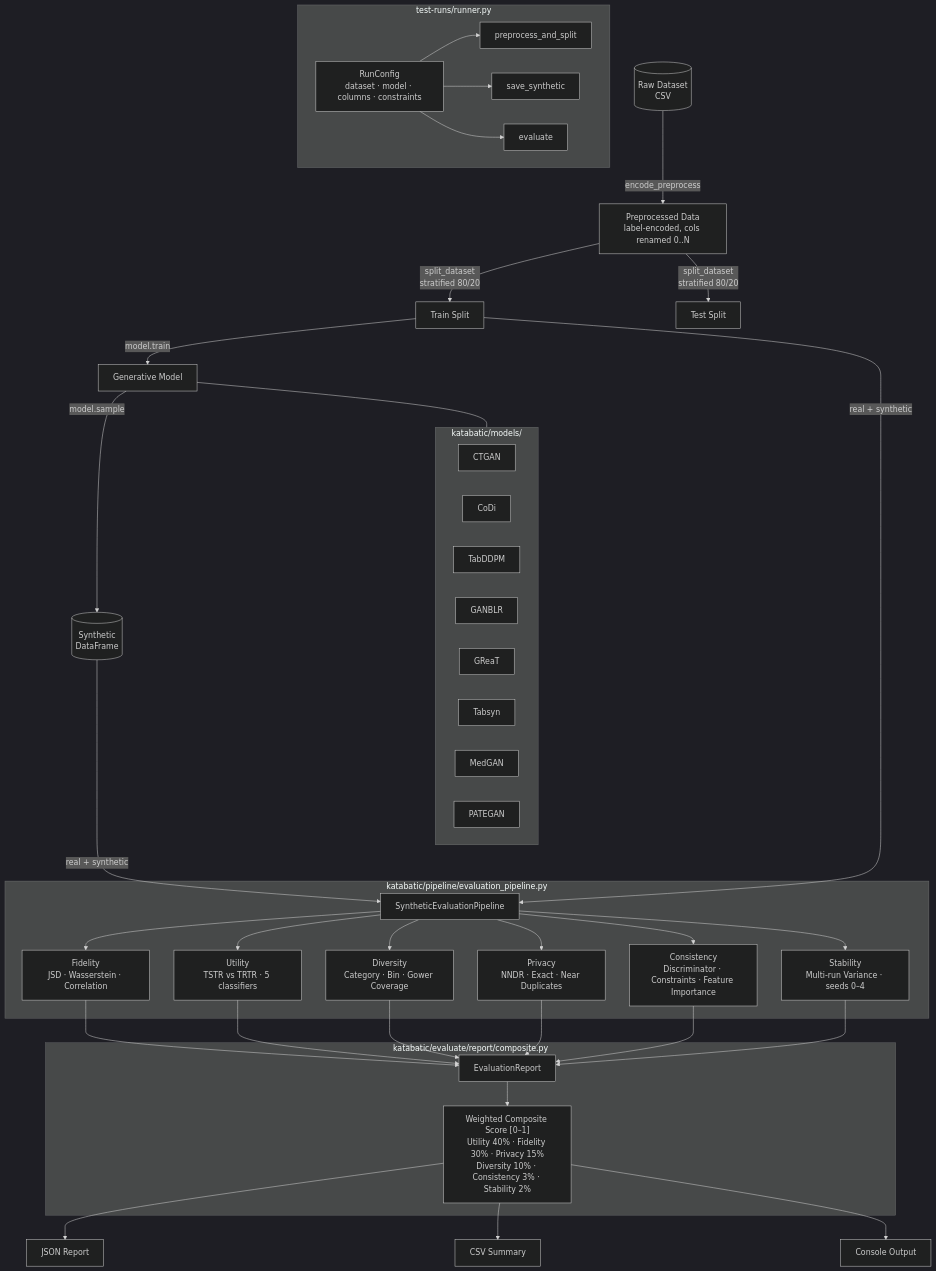
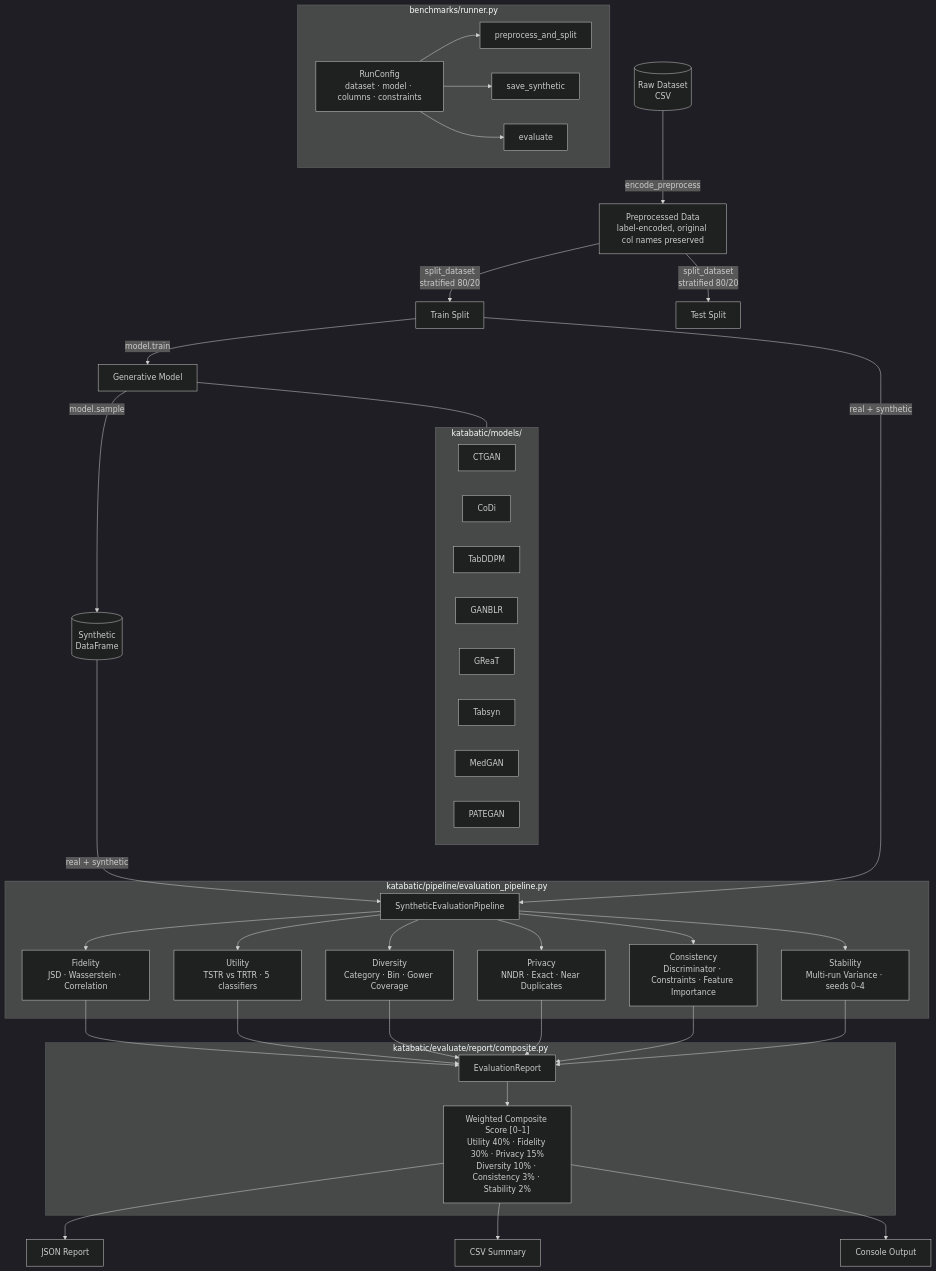
The first of 3 diagrams in ARCHITECTURE.md (datascience-works/Katabatic), drawn with Mermaid (dark theme) before and after one commit. The commit also changed other lines of this file and 35 other files, not shown here.

Commit message:
Cleaning up of the code and md files, generated datasets can be generated with their original categories and values not only numerical

````diff
--- a/ARCHITECTURE.md
+++ b/ARCHITECTURE.md
@@ -11,60 +11,60 @@
 ```mermaid
 flowchart TD
     %% ── Data Preparation ──────────────────────────────────────
-    A[(Raw Dataset\nCSV)] -->|encode_preprocess| B[Preprocessed Data\nlabel-encoded, cols renamed 0..N]
+    A[(Raw Dataset\nCSV)] -->|encode_preprocess| B[Preprocessed Data\nlabel-encoded, original col names preserved]
     B -->|split_dataset\nstratified 80/20| C[Train Split] & D[Test Split]
 
     %% ── Model Training ────────────────────────────────────────
     C -->|model.train| E[Generative Model]
 
     subgraph models [katabatic/models/]
         direction LR
         M1[CTGAN]
         M2[CoDi]
         M3[TabDDPM]
         M4[GANBLR]
         M5[GReaT]
         M6[Tabsyn]
         M7[MedGAN]
         M8[PATEGAN]
     end
 
     E --- models
 
     %% ── Synthetic Data Generation ─────────────────────────────
     E -->|model.sample| F[(Synthetic\nDataFrame)]
 
     %% ── Evaluation Pipeline ───────────────────────────────────
     C & F -->|real + synthetic| G
 
     subgraph pipeline [katabatic/pipeline/evaluation_pipeline.py]
         G[SyntheticEvaluationPipeline]
 
         G --> FID[Fidelity\nJSD · Wasserstein · Correlation]
         G --> UTL[Utility\nTSTR vs TRTR · 5 classifiers]
         G --> DIV[Diversity\nCategory · Bin · Gower Coverage]
         G --> PRV[Privacy\nNNDR · Exact · Near Duplicates]
         G --> CON[Consistency\nDiscriminator · Constraints · Feature Importance]
         G --> STB[Stability\nMulti-run Variance · seeds 0–4]
     end
 
     %% ── Report ────────────────────────────────────────────────
     FID & UTL & DIV & PRV & CON & STB --> R
 
     subgraph report [katabatic/evaluate/report/composite.py]
         R[EvaluationReport]
         R --> W["Weighted Composite Score [0–1]\nUtility 40% · Fidelity 30% · Privacy 15%\nDiversity 10% · Consistency 3% · Stability 2%"]
     end
 
     W --> OUT1[JSON Report]
     W --> OUT2[CSV Summary]
     W --> OUT3[Console Output]
 
-    %% ── Runner helper (test-runs only) ───────────────────────
-    subgraph runner [test-runs/runner.py]
+    %% ── Runner helper (benchmarks only) ───────────────────────
+    subgraph runner [benchmarks/runner.py]
         RC[RunConfig\ndataset · model · columns · constraints]
         RC --> PPS[preprocess_and_split]
         RC --> SS[save_synthetic]
         RC --> EV[evaluate]
     end
 ```
````
